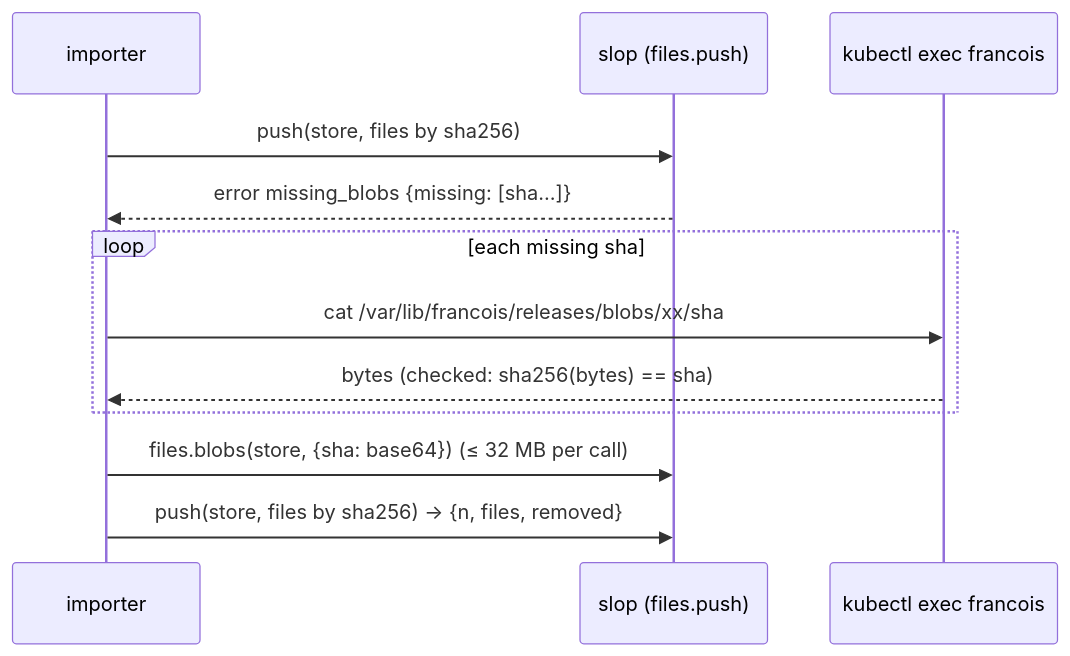
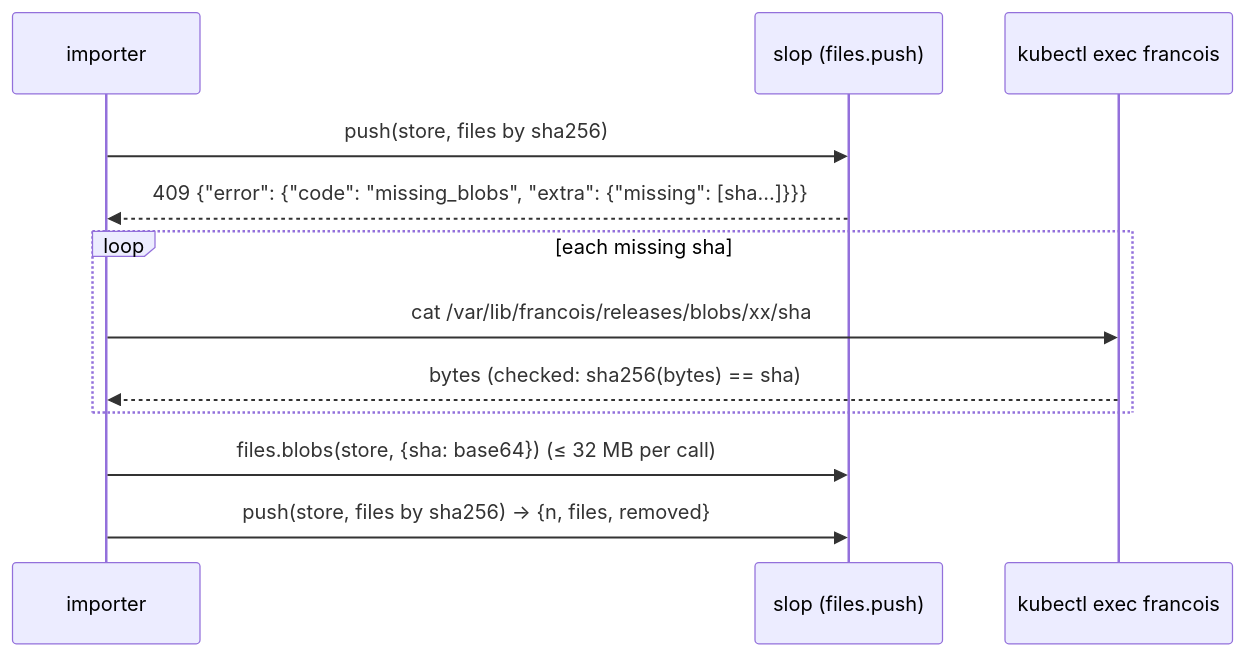
Before and after one commit to go-go-golems/slop-computer: the fourth of 4 diagrams in ttmp/2026/11/06/SLOP3-013--import-slop-boutique-s-francois-artifacts-into-slop-v3-properly-real-html-verbatim-capabilities-release-history-paid-access/design-doc/01-intern-guide-importing-francois-s-catalog-into-slop-v3-stores.md, drawn with Mermaid. The commit also changed other lines of this file and 7 other files, not shown here.

````diff
--- a/ttmp/2026/11/06/SLOP3-013--import-slop-boutique-s-francois-artifacts-into-slop-v3-properly-real-html-verbatim-capabilities-release-history-paid-access/design-doc/01-intern-guide-importing-francois-s-catalog-into-slop-v3-stores.md
+++ b/ttmp/2026/11/06/SLOP3-013--import-slop-boutique-s-francois-artifacts-into-slop-v3-properly-real-html-verbatim-capabilities-release-history-paid-access/design-doc/01-intern-guide-importing-francois-s-catalog-into-slop-v3-stores.md
@@ -341,14 +344,14 @@
 ```mermaid
 sequenceDiagram
   participant I as importer
   participant S as slop (files.push)
   participant K as kubectl exec francois
   I->>S: push(store, files by sha256)
-  S-->>I: error missing_blobs {missing: [sha…]}
+  S-->>I: 409 {"error": {"code": "missing_blobs", "extra": {"missing": [sha…]}}}
   loop each missing sha
     I->>K: cat /var/lib/francois/releases/blobs/xx/sha
     K-->>I: bytes (checked: sha256(bytes) == sha)
   end
   I->>S: files.blobs(store, {sha: base64})   (≤ 32 MB per call)
   I->>S: push(store, files by sha256) → {n, files, removed}
 ```
````
